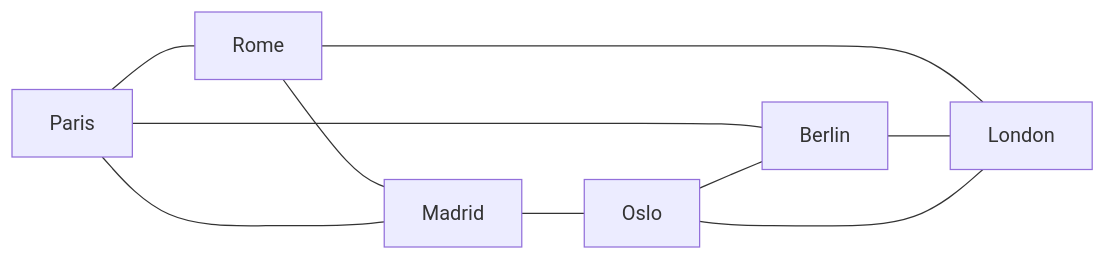
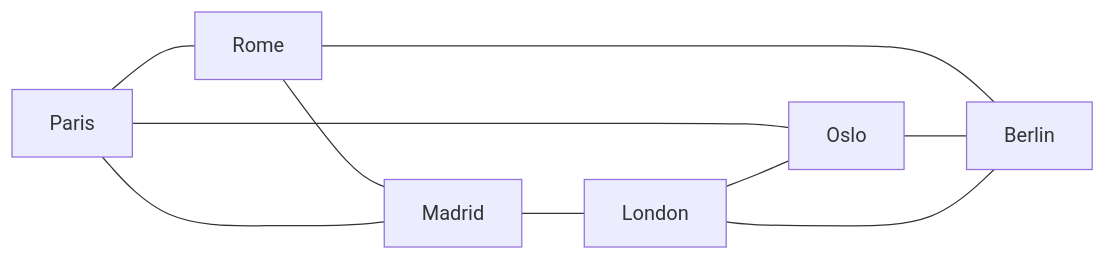
The diagram in articles/01-the-detective-chases/undirected-prism-graph.md (gahjelle/cawmen-sandaigo), drawn with Mermaid before and after one commit. The commit also changed other lines of this file and 9 other files, not shown here.

````diff
--- a/articles/01-the-detective-chases/undirected-prism-graph.md
+++ b/articles/01-the-detective-chases/undirected-prism-graph.md
@@ -24,12 +24,12 @@
 ```mermaid
 graph LR
     Paris --- Rome
     Rome --- Madrid
     Madrid --- Paris
-    Paris --- Berlin
-    Rome --- London
-    Madrid --- Oslo
+    Paris --- Oslo
+    Rome --- Berlin
+    Madrid --- London
     Berlin --- London
     London --- Oslo
     Oslo --- Berlin
 ```
````
